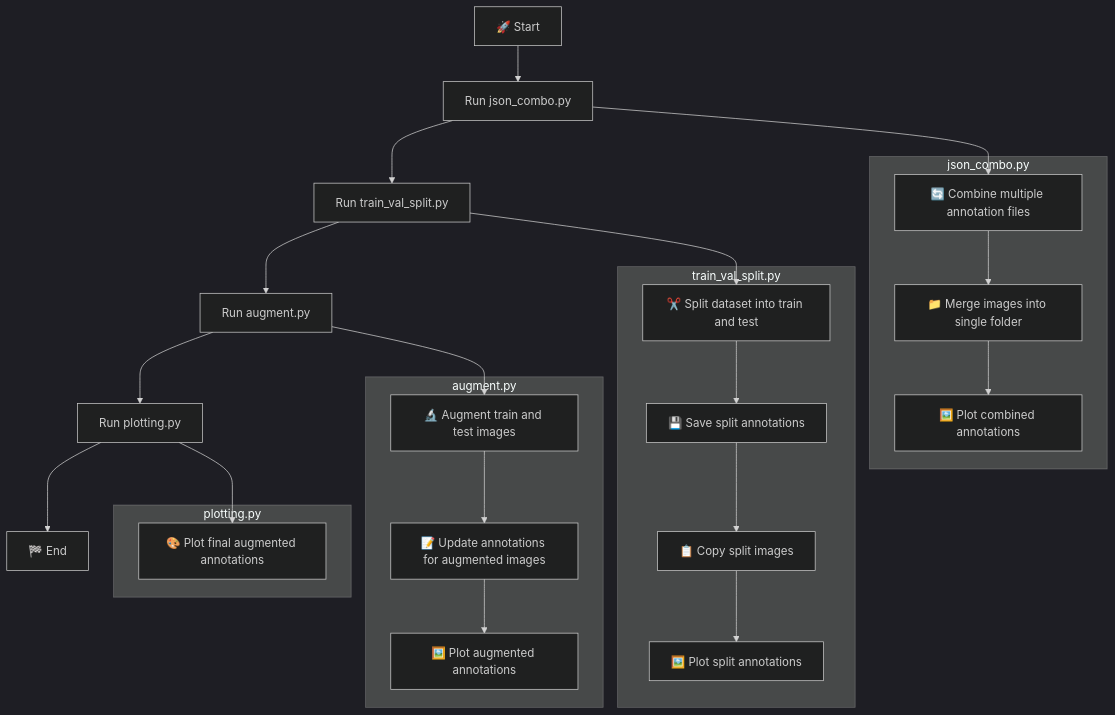
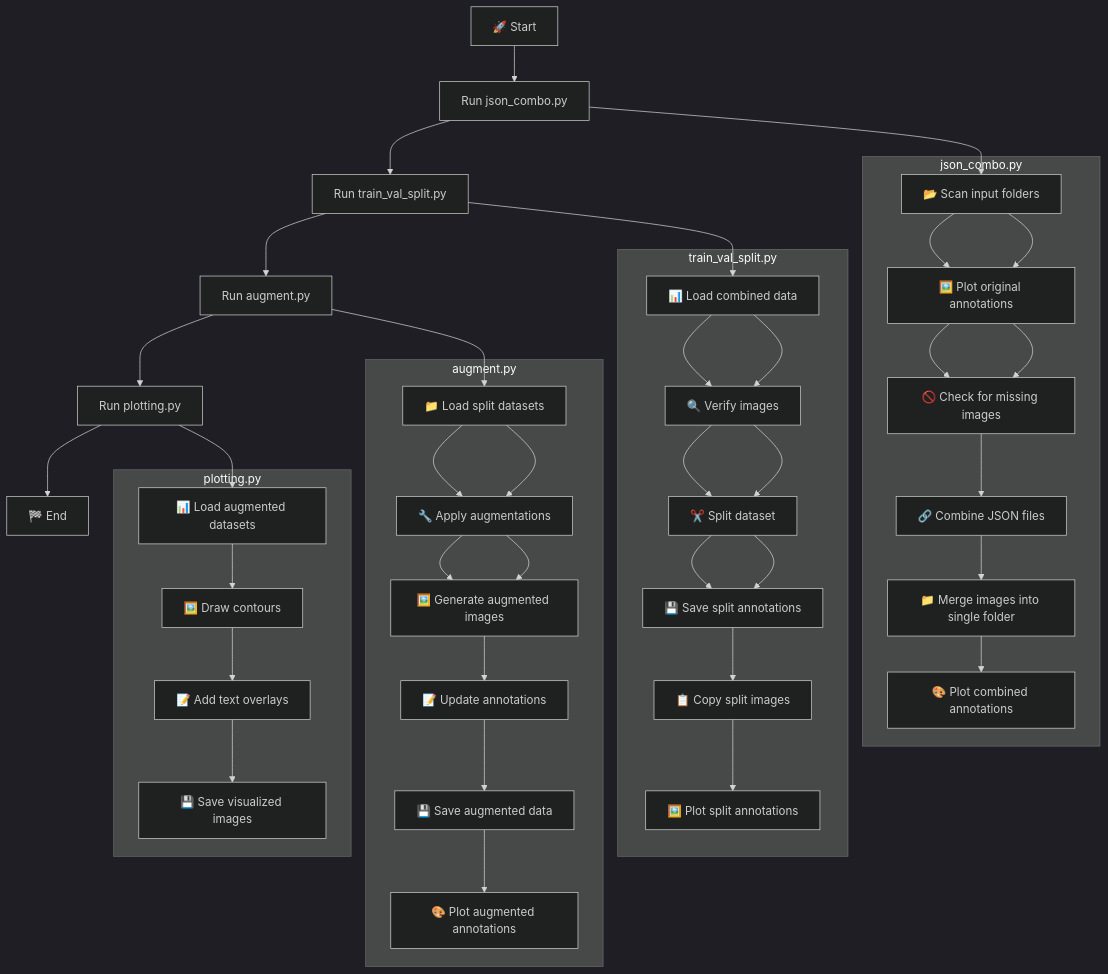
Before and after one commit to Avanthika012/json_works: the diagram in pointrend/README_pointrend.md, drawn with Mermaid (dark theme).

Commit message:
readme updated  for pointrend

````diff
--- a/pointrend/README_pointrend.md
+++ b/pointrend/README_pointrend.md
@@ -110,36 +110,51 @@
 ```mermaid
 graph TD
     A[🚀 Start] --> B[Run json_combo.py]
     B --> C[Run train_val_split.py]
     C --> D[Run augment.py]
     D --> E[Run plotting.py]
     E --> F[🏁 End]
 
     subgraph "json_combo.py"
-    B1[🔄 Combine multiple annotation files]
-    B2[📁 Merge images into single folder]
-    B3[🖼️ Plot combined annotations]
+    B1[📂 Scan input folders]
+    B2[🖼️ Plot original annotations]
+    B3[🚫 Check for missing images]
+    B4[🔗 Combine JSON files]
+    B5[📁 Merge images into single folder]
+    B6[🎨 Plot combined annotations]
+    B1 --> B2 --> B3 --> B4 --> B5 --> B6
     end
 
     subgraph "train_val_split.py"
-    C1[✂️ Split dataset into train and test]
-    C2[💾 Save split annotations]
-    C3[📋 Copy split images]
-    C4[🖼️ Plot split annotations]
+    C1[📊 Load combined data]
+    C2[🔍 Verify images]
+    C3[✂️ Split dataset]
+    C4[💾 Save split annotations]
+    C5[📋 Copy split images]
+    C6[🖼️ Plot split annotations]
+    C1 --> C2 --> C3 --> C4 --> C5 --> C6
     end
 
     subgraph "augment.py"
-    D1[🔬 Augment train and test images]
-    D2[📝 Update annotations for augmented images]
-    D3[🖼️ Plot augmented annotations]
+    D1[📁 Load split datasets]
+    D2[🔧 Apply augmentations]
+    D3[🖼️ Generate augmented images]
+    D4[📝 Update annotations]
+    D5[💾 Save augmented data]
+    D6[🎨 Plot augmented annotations]
+    D1 --> D2 --> D3 --> D4 --> D5 --> D6
     end
 
     subgraph "plotting.py"
-    E1[🎨 Plot final augmented annotations]
+    E1[📊 Load augmented datasets]
+    E2[🖼️ Draw contours]
+    E3[📝 Add text overlays]
+    E4[💾 Save visualized images]
+    E1 --> E2 --> E3 --> E4
     end
 
     B --> B1 --> B2 --> B3
     C --> C1 --> C2 --> C3 --> C4
     D --> D1 --> D2 --> D3
     E --> E1
 ```
````
